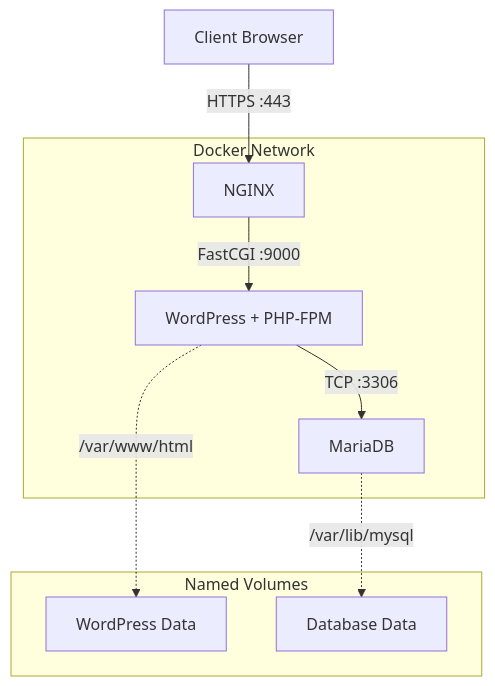
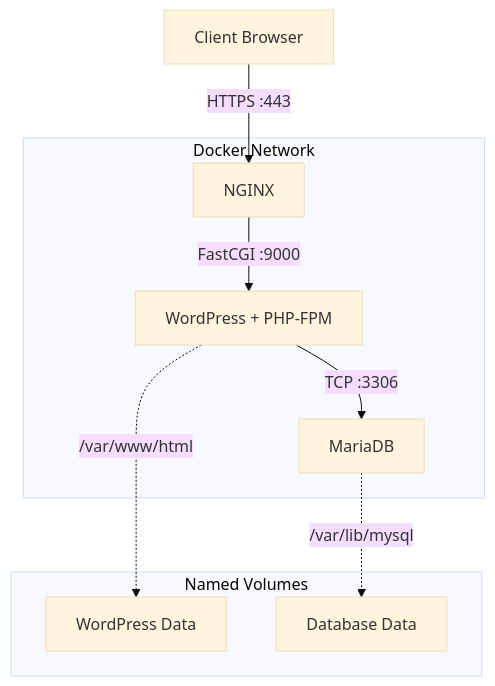
Before and after one commit to pmachado364/Inception: the diagram in README.md, drawn with Mermaid.

Commit message:
Update architecture diagram in README.md for improved clarity and formatting

````diff
--- a/README.md
+++ b/README.md
@@ -36,15 +36,16 @@
 ```mermaid
+%%{init: {'theme':'base'}}%%
 graph TD
 
-    Client["Client Browser"] -->|HTTPS :443| NGINX["NGINX"]
+Client["Client Browser"] -->|HTTPS :443| NGINX["NGINX"]
 
-    subgraph Internal_Network["Docker Network"]
-        NGINX -->|FastCGI :9000| WP["WordPress + PHP-FPM"]
-        WP -->|TCP :3306| DB["MariaDB"]
-    end
+subgraph "Docker Network"
+NGINX -->|FastCGI :9000| WP["WordPress + PHP-FPM"]
+WP -->|TCP :3306| DB["MariaDB"]
+end
 
-    subgraph Persistent_Storage["Named Volumes"]
-        WP -.->|/var/www/html| VolWP["WordPress Data"]
-        DB -.->|/var/lib/mysql| VolDB["Database Data"]
-    end
+subgraph "Named Volumes"
+WP -.->|/var/www/html| VolWP["WordPress Data"]
+DB -.->|/var/lib/mysql| VolDB["Database Data"]
+end
 ```
````
